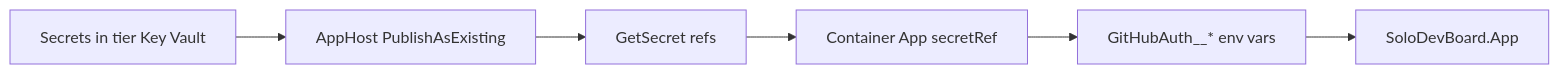
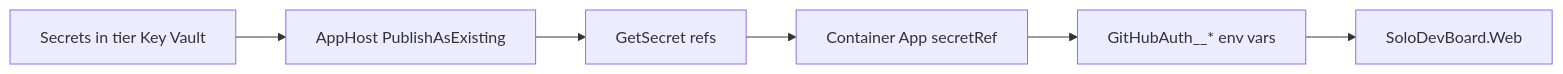
The diagram in plan/HOSTED_AUTH_KEY_VAULT_PATTERN.md (markheydon/solo-dev-board), drawn with Mermaid before and after one commit. The commit also changed other lines of this file and 730 other files, not shown here.

````diff
--- a/plan/HOSTED_AUTH_KEY_VAULT_PATTERN.md
+++ b/plan/HOSTED_AUTH_KEY_VAULT_PATTERN.md
@@ -28,8 +28,8 @@
 ```mermaid
 flowchart LR
     A[Secrets in tier Key Vault] --> B[AppHost PublishAsExisting]
     B --> C[GetSecret refs]
     C --> D[Container App secretRef]
     D --> E[GitHubAuth__* env vars]
-    E --> F[SoloDevBoard.App]
+    E --> F[SoloDevBoard.Web]
 ```
````
